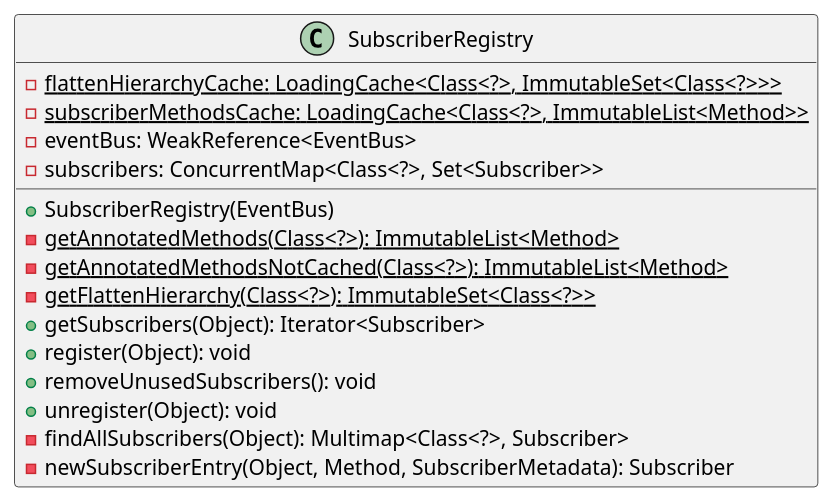
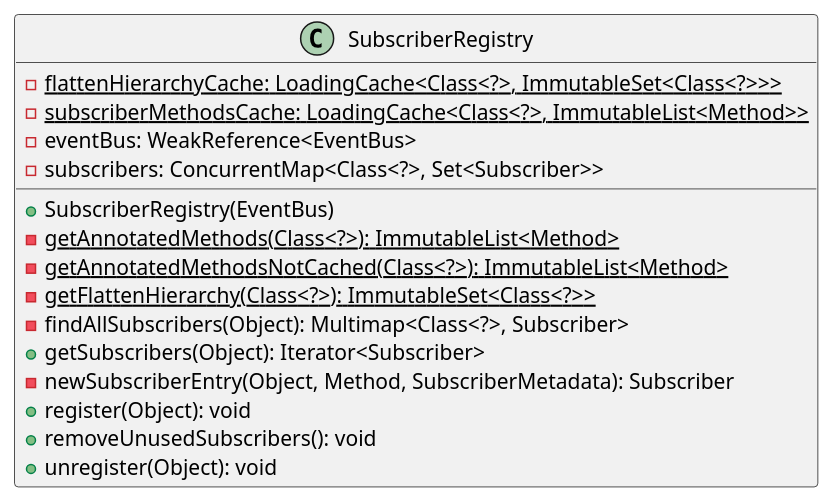
One commit to P-Kalin/kit26a changed the diagram in malokhvii-eduard/malokhvii05/doc/plantuml/ua/khpi/oop/malokhvii05/common/eventbus/subscribe/SubscriberRegistry.puml. Above: the diagram before and after it, drawn with PlantUML. The commit also changed other lines of this file and 85 other files, not shown here.

Commit message:
#3 malokhvii05: update graphs

```diff
--- a/malokhvii-eduard/malokhvii05/doc/plantuml/ua/khpi/oop/malokhvii05/common/eventbus/subscribe/SubscriberRegistry.puml
+++ b/malokhvii-eduard/malokhvii05/doc/plantuml/ua/khpi/oop/malokhvii05/common/eventbus/subscribe/SubscriberRegistry.puml
@@ -1,20 +1,20 @@
 @startuml
 
     class SubscriberRegistry {
         {static} -flattenHierarchyCache: LoadingCache<Class<?>, ImmutableSet<Class<?>>>
         {static} -subscriberMethodsCache: LoadingCache<Class<?>, ImmutableList<Method>>
         -eventBus: WeakReference<EventBus>
         -subscribers: ConcurrentMap<Class<?>, Set<Subscriber>>
         +SubscriberRegistry(EventBus)
         {static} -getAnnotatedMethods(Class<?>): ImmutableList<Method>
         {static} -getAnnotatedMethodsNotCached(Class<?>): ImmutableList<Method>
         {static} -getFlattenHierarchy(Class<?>): ImmutableSet<Class<?>>
+        -findAllSubscribers(Object): Multimap<Class<?>, Subscriber>
         +getSubscribers(Object): Iterator<Subscriber>
+        -newSubscriberEntry(Object, Method, SubscriberMetadata): Subscriber
         +register(Object): void
         +removeUnusedSubscribers(): void
         +unregister(Object): void
-        -findAllSubscribers(Object): Multimap<Class<?>, Subscriber>
-        -newSubscriberEntry(Object, Method, SubscriberMetadata): Subscriber
     }
 
 @enduml
```
